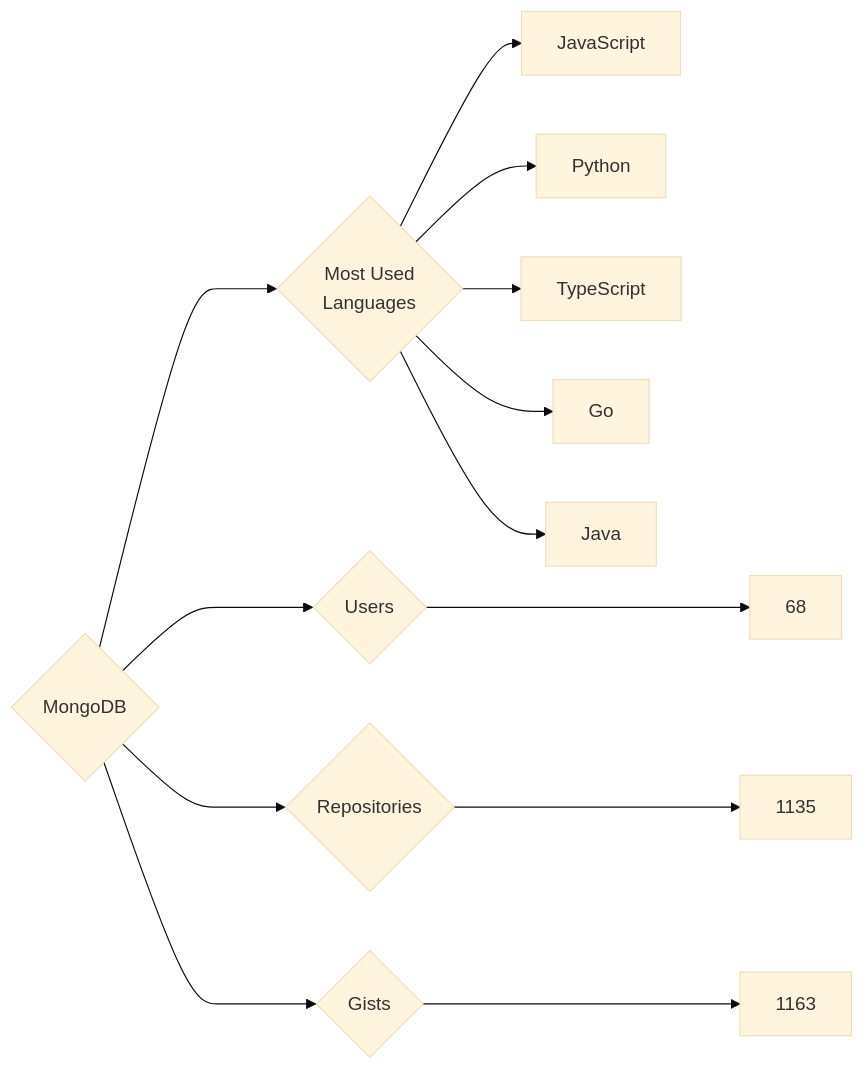
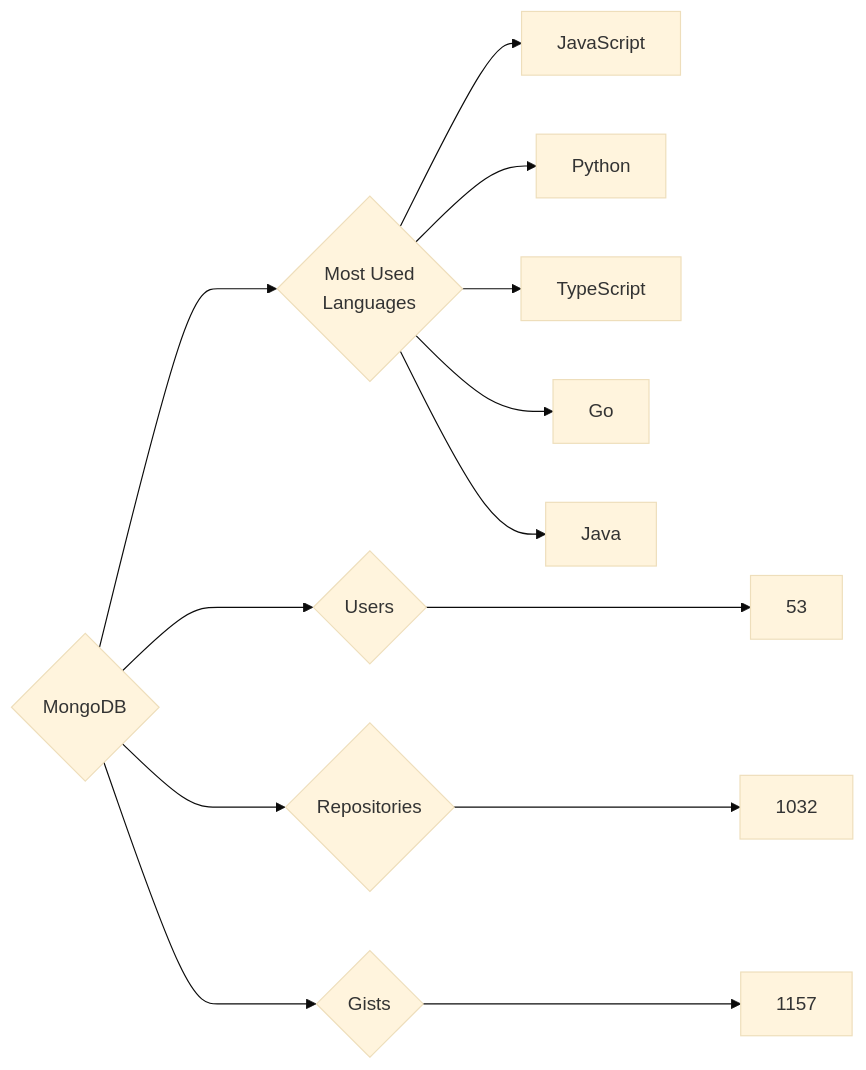
Before and after one commit to trickest/insiders: the diagram in targets/MongoDB/README.md, drawn with Mermaid (base theme). The commit also changed 851 other files, not shown here.

````diff
--- a/targets/MongoDB/README.md
+++ b/targets/MongoDB/README.md
@@ -3,13 +3,13 @@
 ```mermaid
 graph LR
 COMPANY_NAME{MongoDB}
-COMPANY_NAME ---> U{Users} ---> UN[68]
-COMPANY_NAME ---> R{Repositories} ---> RN[1135]
-COMPANY_NAME ---> G{Gists} ---> GN[1163]
+COMPANY_NAME ---> U{Users} ---> UN[53]
+COMPANY_NAME ---> R{Repositories} ---> RN[1032]
+COMPANY_NAME ---> G{Gists} ---> GN[1157]
 COMPANY_NAME ---> ML{Most Used<br>Languages}
 ML --> JavaScript[JavaScript]
 ML --> Python[Python]
 ML --> TypeScript[TypeScript]
 ML --> Go[Go]
 ML --> Java[Java]
 ```
````
